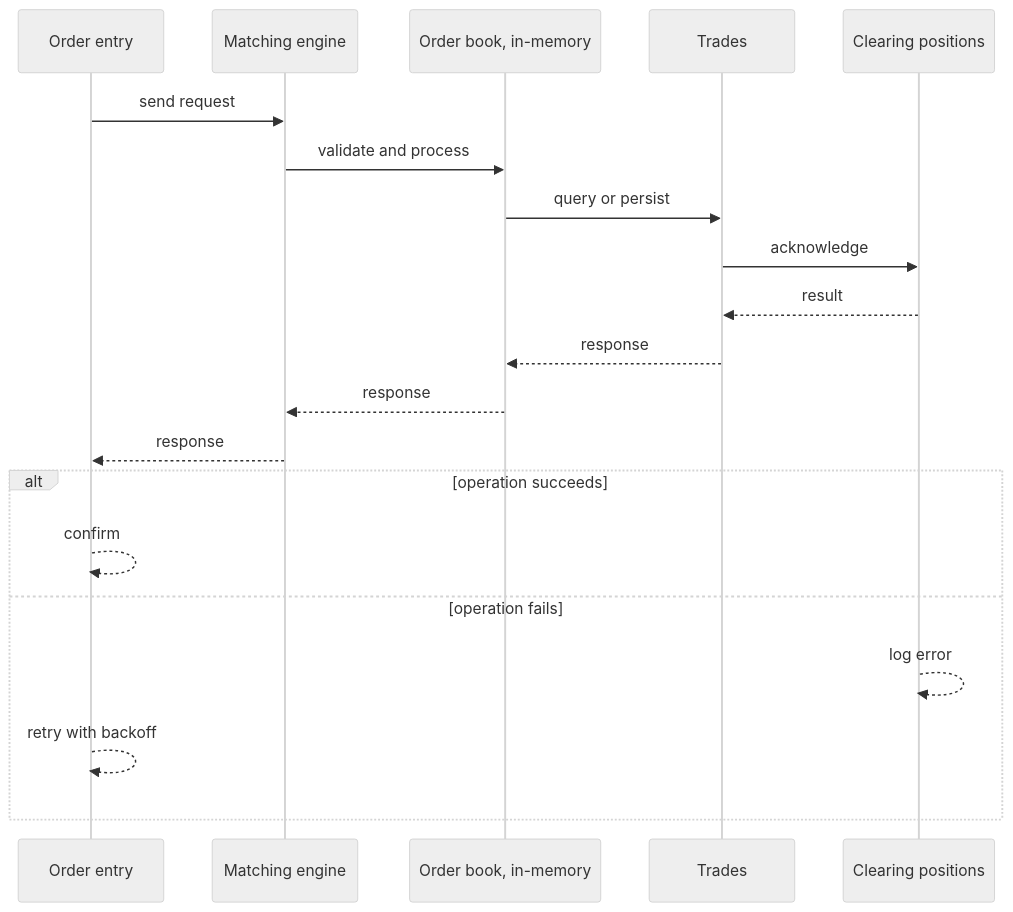
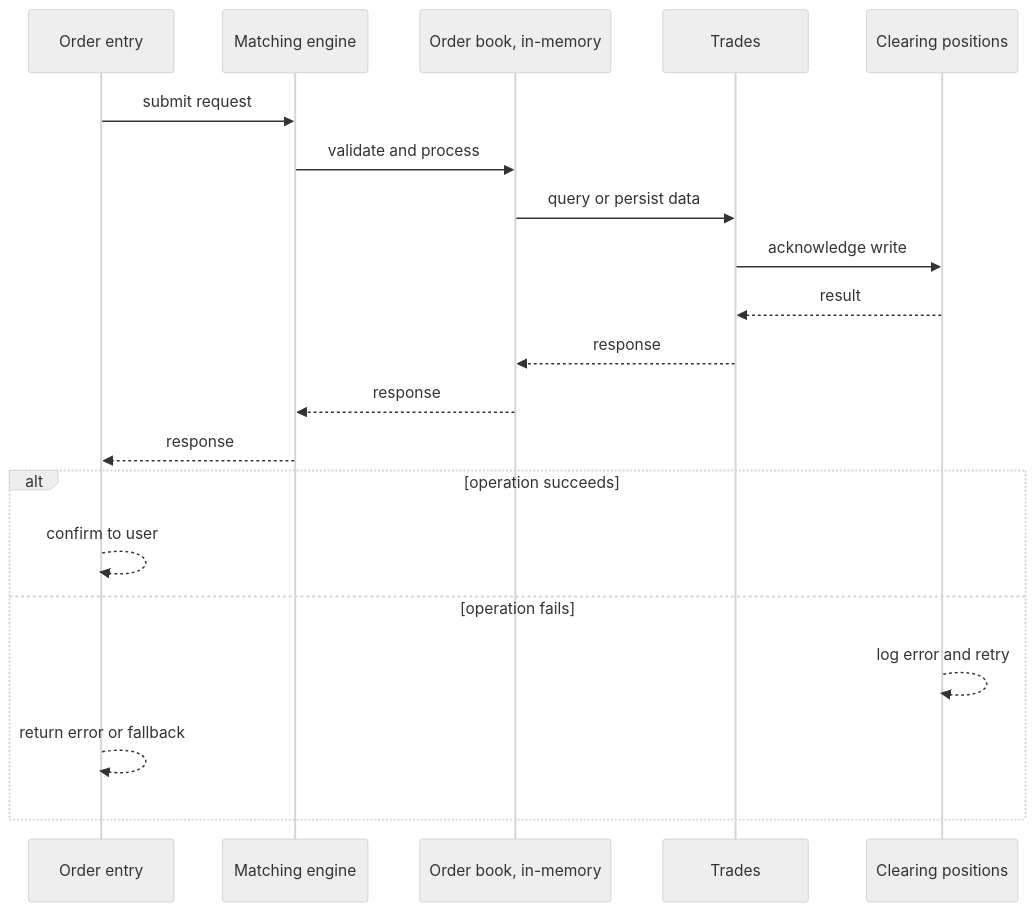
One commit to RIT-MESH/system-design-mastery changed the second of 4 diagrams in case-studies/extreme/stock-trading.md. Above: the diagram before and after it, drawn with Mermaid (neutral theme). The commit also changed other lines of this file and 127 other files, not shown here.

First line of the commit message:
Improve all case study diagrams: case-specific sequences, fix truncated labels

````diff
--- a/case-studies/extreme/stock-trading.md
+++ b/case-studies/extreme/stock-trading.md
@@ -76,23 +76,23 @@
 ```mermaid
 %% created-for: system-design-mastery
 sequenceDiagram
-  participant C0 as Order entry
-  participant C1 as Matching engine
-  participant C2 as Order book, in-memory
-  participant C3 as Trades
-  participant C4 as Clearing positions
-  C0 ->> C1: send request
-  C1 ->> C2: validate and process
-  C2 ->> C3: query or persist
-  C3 ->> C4: acknowledge
-  C4 -->> C3: result
-  C3 -->> C2: response
-  C2 -->> C1: response
-  C1 -->> C0: response
+  participant P0 as Order entry
+  participant P1 as Matching engine
+  participant P2 as Order book, in-memory
+  participant P3 as Trades
+  participant P4 as Clearing positions
+  P0 ->> P1: submit request
+  P1 ->> P2: validate and process
+  P2 ->> P3: query or persist data
+  P3 ->> P4: acknowledge write
+  P4 -->> P3: result
+  P3 -->> P2: response
+  P2 -->> P1: response
+  P1 -->> P0: response
   alt operation succeeds
-    C0 -->> C0: confirm
+    P0 -->> P0: confirm to user
   else operation fails
-    C4 -->> C4: log error
-    C0 -->> C0: retry with backoff
+    P4 -->> P4: log error and retry
+    P0 -->> P0: return error or fallback
   end
 ```
````
